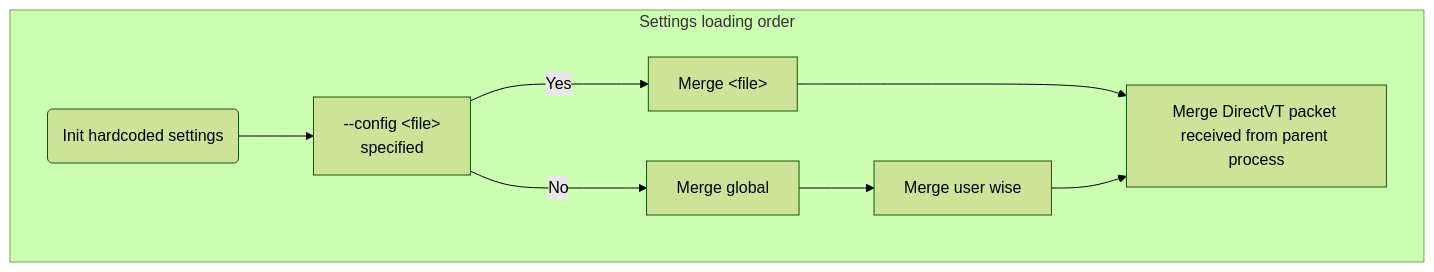
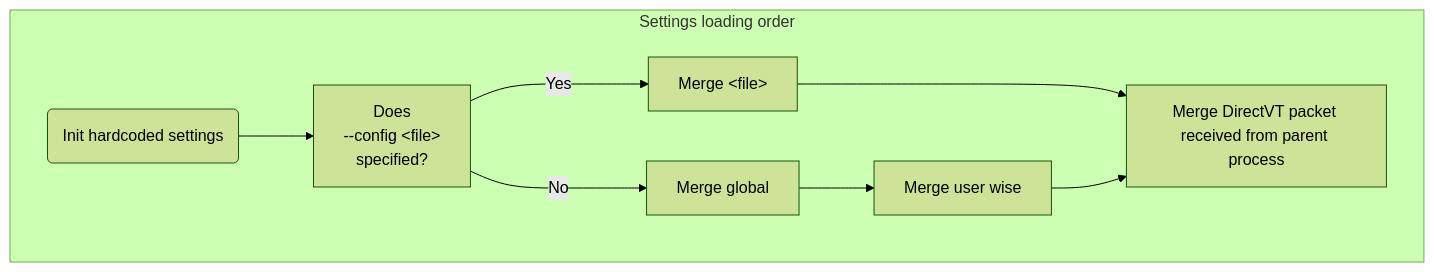
The diagram in doc/settings.md (directvt/vtm), drawn with Mermaid (forest theme) before and after one commit.

Commit message:
#465: Update settings.md

````diff
--- a/doc/settings.md
+++ b/doc/settings.md
@@ -3,14 +3,15 @@
 ```mermaid
 graph LR
     subgraph Settings loading order
     direction LR
         B(Init hardcoded settings)
-        B --> C["--config #lt;file#gt;
-        specified"]
+        B --> C["Does
+        --config #lt;file#gt;
+        specified?"]
         C -->|Yes| D["Merge #lt;file#gt;"]
         C --->|No| F[Merge global]
         F --> G[Merge user wise]
         D ---> H[Merge DirectVT packet received from parent process]
         G --> H
     end
 ```
````
